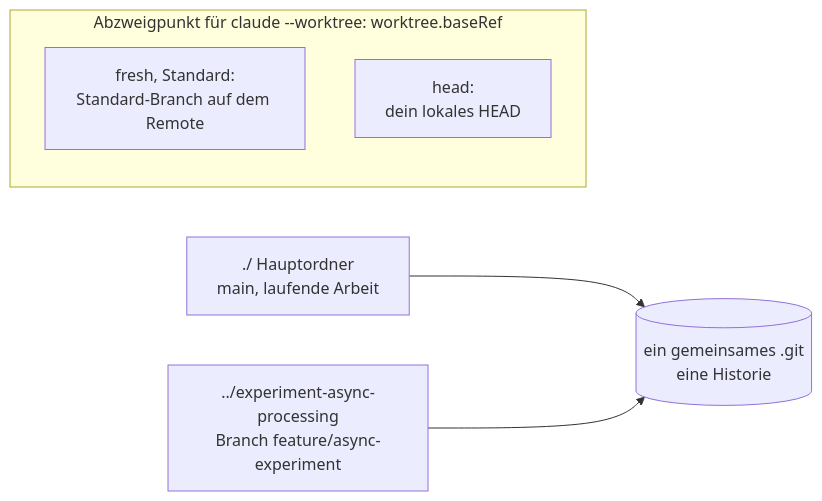
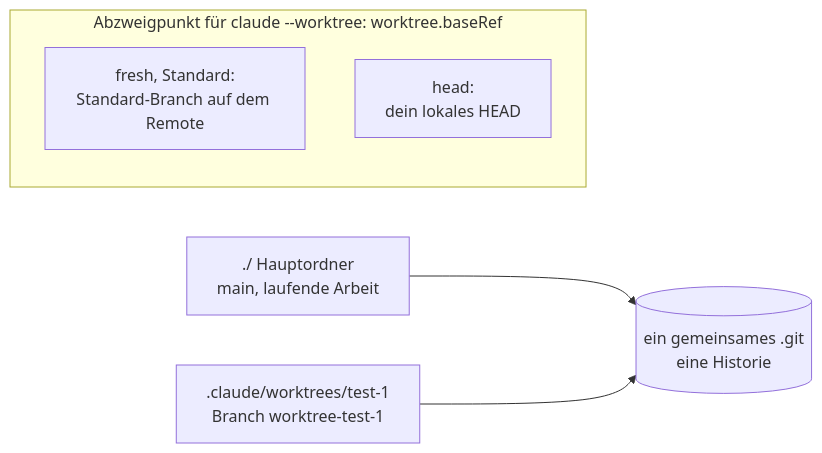
Before and after one commit to dynamic-dome/dynamic-workshop: the diagram in resources/library/s1-18-worktrees.md, drawn with Mermaid. The commit also changed other lines of this file, not shown here.

````diff
--- a/resources/library/s1-18-worktrees.md
+++ b/resources/library/s1-18-worktrees.md
@@ -44,9 +44,9 @@
 ```mermaid
 flowchart LR
   M["./ Hauptordner<br/>main, laufende Arbeit"] --> G[("ein gemeinsames .git<br/>eine Historie")]
-  W["../experiment-async-processing<br/>Branch feature/async-experiment"] --> G
+  W[".claude/worktrees/test-1<br/>Branch worktree-test-1"] --> G
   subgraph B["Abzweigpunkt für claude --worktree: worktree.baseRef"]
     F["fresh, Standard:<br/>Standard-Branch auf dem Remote"]
     H["head:<br/>dein lokales HEAD"]
   end
 ```
````
